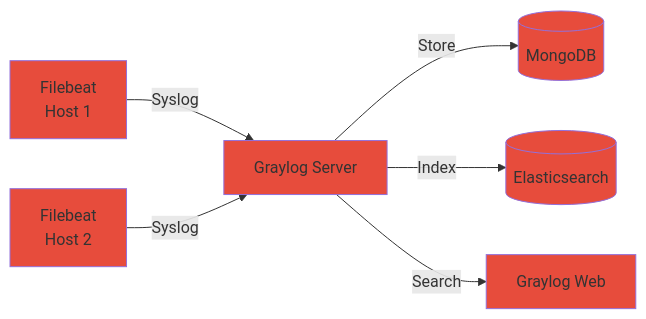
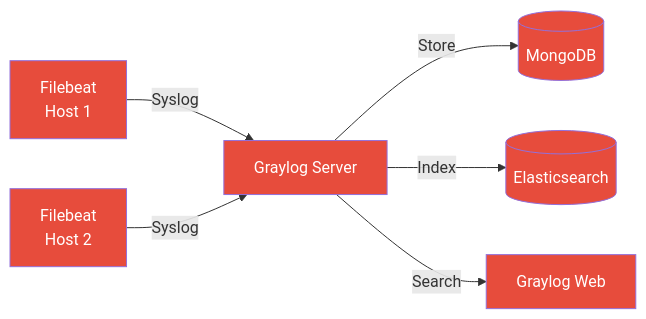
One commit to williamzujkowski/williamzujkowski.github.io changed the second of 3 diagrams in src/posts/2025-11-05-siem-homelab-wazuh-graylog-comparison.md. Above: the diagram before and after it, drawn with Mermaid. The commit also changed other lines of this file and 40 other files, not shown here.

First line of the commit message:
fix(blog): add explicit text color to all mermaid classDef/style (#171)

````diff
--- a/src/posts/2025-11-05-siem-homelab-wazuh-graylog-comparison.md
+++ b/src/posts/2025-11-05-siem-homelab-wazuh-graylog-comparison.md
@@ -53,11 +53,11 @@
 ```mermaid
 flowchart LR
     Beats1[Filebeat\nHost 1] -->|Syslog| Graylog[Graylog Server]
     Beats2[Filebeat\nHost 2] -->|Syslog| Graylog
     Graylog -->|Store| Mongo[(MongoDB)]
     Graylog -->|Index| Elastic[(Elasticsearch)]
     Graylog -->|Search| WebUI[Graylog Web]
 
-    classDef graylog fill:#e74c3c
+    classDef graylog fill:#e74c3c,color:#fff
     class Beats1,Beats2,Graylog,Mongo,Elastic,WebUI graylog
 ```
````
